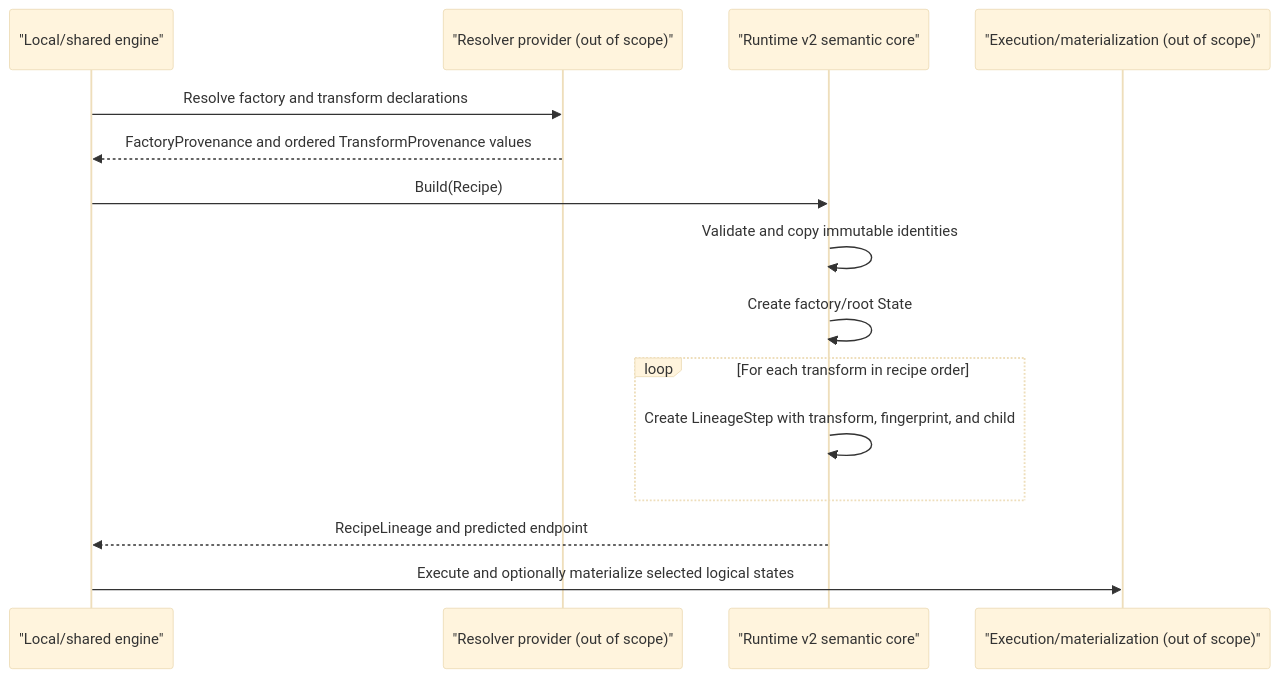
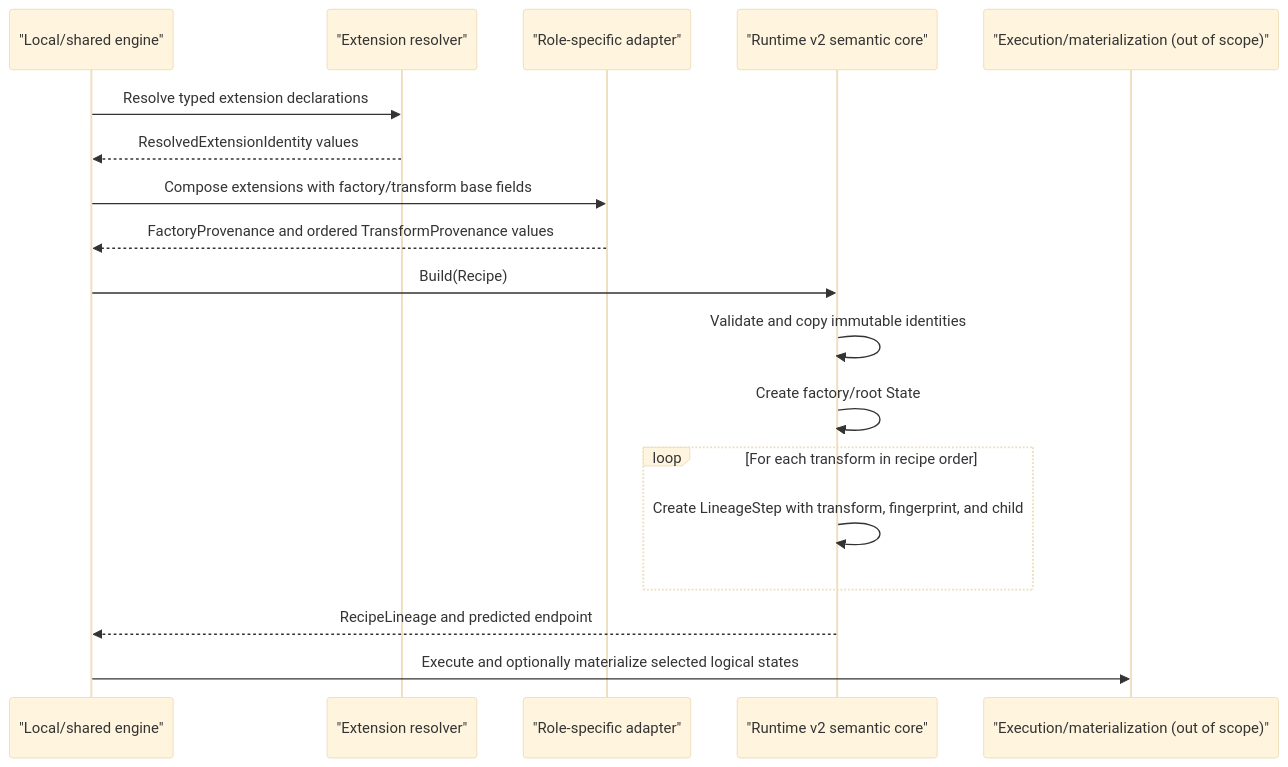
The first of 2 diagrams in docs/architecture/runtime-v2-semantic-core-flow.md (kimak-irmagi/sqlrs), drawn with Mermaid (base theme) before and after one commit. The commit also changed other lines of this file and 43 other files, not shown here.

Commit message:
feat(runtime-v2): add versioned extension declarations

````diff
--- a/docs/architecture/runtime-v2-semantic-core-flow.md
+++ b/docs/architecture/runtime-v2-semantic-core-flow.md
@@ -14,18 +15,21 @@
 ```mermaid
 sequenceDiagram
     participant Caller as "Local/shared engine"
-    participant Resolver as "Resolver provider (out of scope)"
+    participant Resolver as "Extension resolver"
+    participant Adapter as "Role-specific adapter"
     participant Core as "Runtime v2 semantic core"
     participant Runtime as "Execution/materialization (out of scope)"
 
-    Caller->>Resolver: Resolve factory and transform declarations
-    Resolver-->>Caller: FactoryProvenance and ordered TransformProvenance values
+    Caller->>Resolver: Resolve typed extension declarations
+    Resolver-->>Caller: ResolvedExtensionIdentity values
+    Caller->>Adapter: Compose extensions with factory/transform base fields
+    Adapter-->>Caller: FactoryProvenance and ordered TransformProvenance values
     Caller->>Core: Build(Recipe)
     Core->>Core: Validate and copy immutable identities
     Core->>Core: Create factory/root State
     loop For each transform in recipe order
         Core->>Core: Create LineageStep with transform, fingerprint, and child
     end
     Core-->>Caller: RecipeLineage and predicted endpoint
     Caller->>Runtime: Execute and optionally materialize selected logical states
 ```
````
